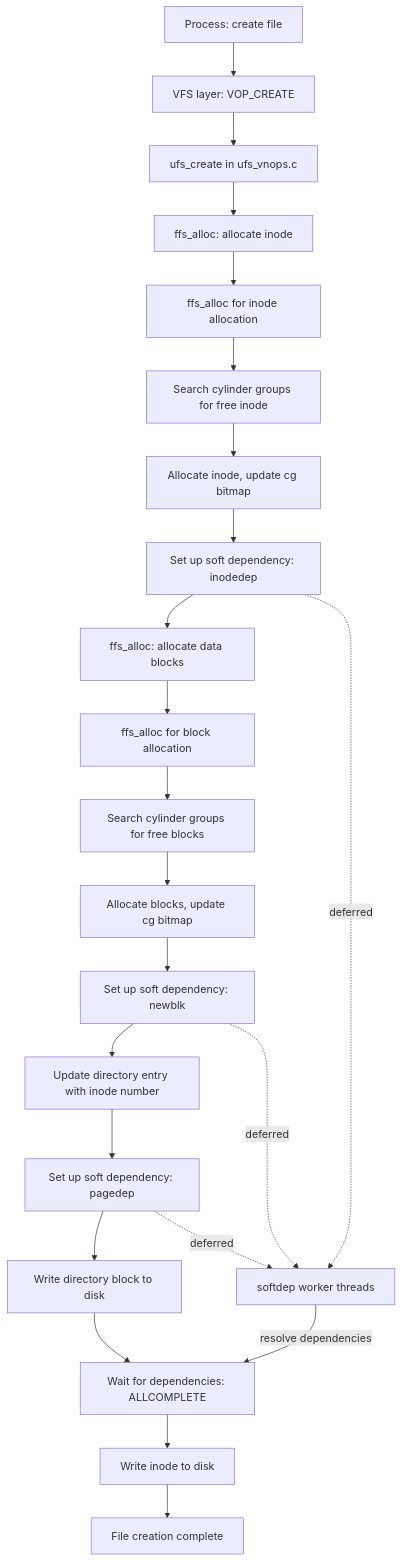
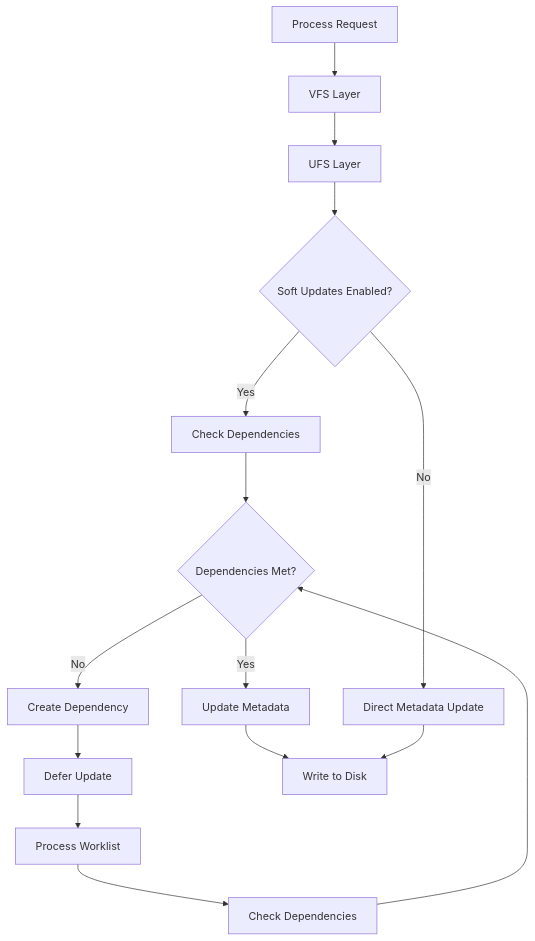
Before and after one commit to ocochard/freebsd-src: the diagram in sys/ufs/README.md, drawn with Mermaid. The commit also changed other lines of this file and 26 other files, not shown here.

````diff
--- a/sys/ufs/README.md
+++ b/sys/ufs/README.md
@@ -148,26 +157,17 @@
 ```mermaid
 flowchart TD
-    A[Process: create file] --> B[VFS layer: VOP_CREATE]
-    B --> C[ufs_create in ufs_vnops.c]
-    C --> D[ffs_alloc: allocate inode]
-    D --> E[ffs_alloc for inode allocation]
-    E --> F[Search cylinder groups for free inode]
-    F --> G[Allocate inode, update cg bitmap]
-    G --> H[Set up soft dependency: inodedep]
-    H --> I[ffs_alloc: allocate data blocks]
-    I --> J[ffs_alloc for block allocation]
-    J --> K[Search cylinder groups for free blocks]
-    K --> L[Allocate blocks, update cg bitmap]
-    L --> M[Set up soft dependency: newblk]
-    M --> N[Update directory entry with inode number]
-    N --> O[Set up soft dependency: pagedep]
-    O --> P[Write directory block to disk]
-    P --> Q[Wait for dependencies: ALLCOMPLETE]
-    Q --> R[Write inode to disk]
-    R --> S[File creation complete]
-
-    H -.->|deferred| T[softdep worker threads]
-    M -.->|deferred| T
-    O -.->|deferred| T
-    T -->|resolve dependencies| Q
+    A[Process Request] --> B[VFS Layer]
+    B --> C[UFS Layer]
+    C --> D{Soft Updates Enabled?}
+    D -->|Yes| E[Check Dependencies]
+    D -->|No| F[Direct Metadata Update]
+    E --> G{Dependencies Met?}
+    G -->|No| H[Create Dependency]
+    H --> I[Defer Update]
+    G -->|Yes| J[Update Metadata]
+    J --> K[Write to Disk]
+    F --> K
+    I --> L[Process Worklist]
+    L --> M[Check Dependencies]
+    M --> G
 ```
````
